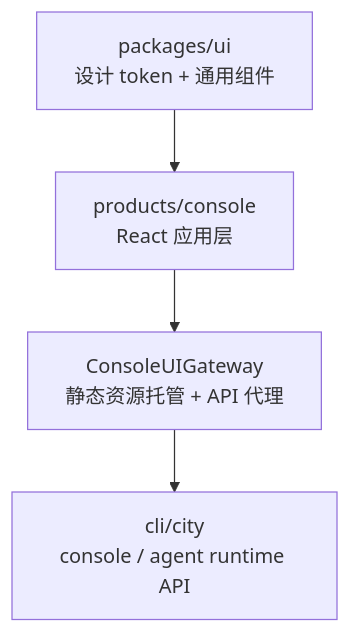
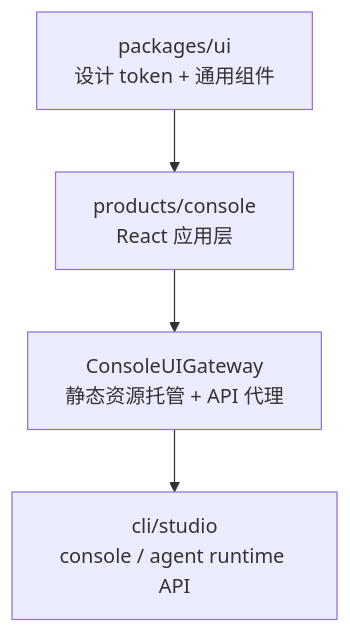
The diagram in homepage/content/devdocs/zh/console-ui/react-architecture-v2.mdx (wangenius/downcity), drawn with Mermaid before and after one commit. The commit also changed other lines of this file and 28 other files, not shown here.

Commit message:
refactor(cli): move console assets into studio

````diff
--- a/homepage/content/devdocs/zh/console-ui/react-architecture-v2.mdx
+++ b/homepage/content/devdocs/zh/console-ui/react-architecture-v2.mdx
@@ -30,11 +30,11 @@
 ```mermaid
 flowchart TD
   Gateway["ConsoleUIGateway<br/>静态资源托管 + API 代理"]
   App["products/console<br/>React 应用层"]
   UI["packages/ui<br/>设计 token + 通用组件"]
-  Runtime["cli/city<br/>console / agent runtime API"]
+  Runtime["cli/studio<br/>console / agent runtime API"]
 
   UI --> App
   App --> Gateway
   Gateway --> Runtime
 ```
````
